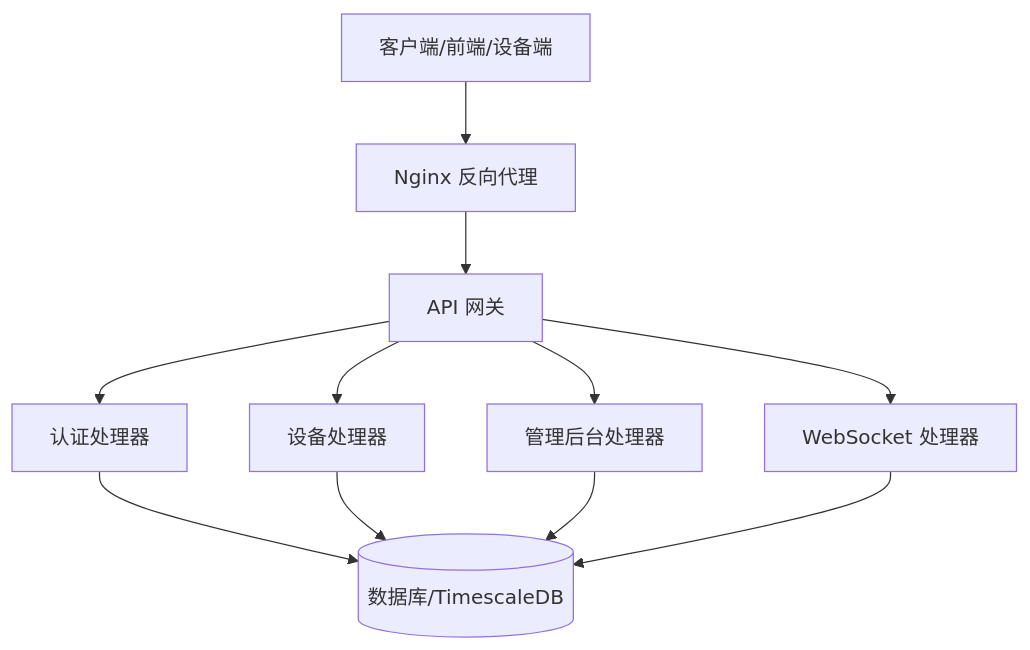
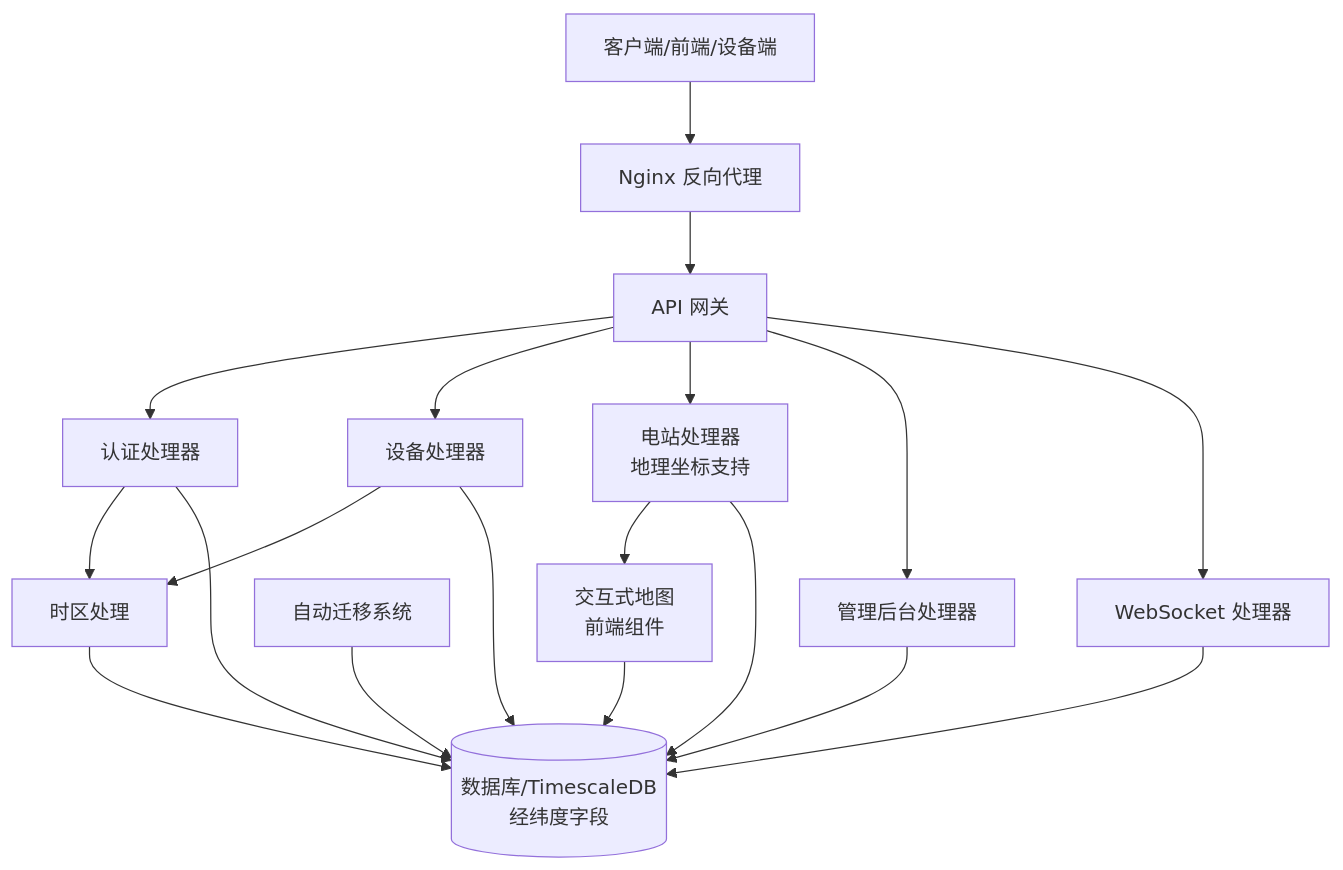
The second of 9 diagrams in .qoder/repowiki/zh/content/API服务器/API服务器.md (mcmrzy/cs_inv_monitor-develop), drawn with Mermaid before and after one commit. The commit also changed other lines of this file and 28 other files, not shown here.

````diff
--- a/.qoder/repowiki/zh/content/API服务器/API服务器.md
+++ b/.qoder/repowiki/zh/content/API服务器/API服务器.md
@@ -162,20 +198,32 @@
 ```mermaid
 graph TB
 CLIENT["客户端/前端/设备端"]
 NGINX["Nginx 反向代理"]
 GATEWAY["API 网关"]
 AUTH["认证处理器"]
 DEVICE["设备处理器"]
+STATION["电站处理器<br/>地理坐标支持"]
 ADMIN["管理后台处理器"]
 WS["WebSocket 处理器"]
-DB[("数据库/TimescaleDB")]
+MIGRATION["自动迁移系统"]
+TZ["时区处理"]
+MAP["交互式地图<br/>前端组件"]
+DB[("数据库/TimescaleDB<br/>经纬度字段")]
 CLIENT --> NGINX --> GATEWAY
 GATEWAY --> AUTH
 GATEWAY --> DEVICE
+GATEWAY --> STATION
 GATEWAY --> ADMIN
 GATEWAY --> WS
+AUTH --> TZ
+DEVICE --> TZ
+STATION --> MAP
+MIGRATION --> DB
 AUTH --> DB
 DEVICE --> DB
+STATION --> DB
 ADMIN --> DB
 WS --> DB
+TZ --> DB
+MAP --> DB
 ```
````
